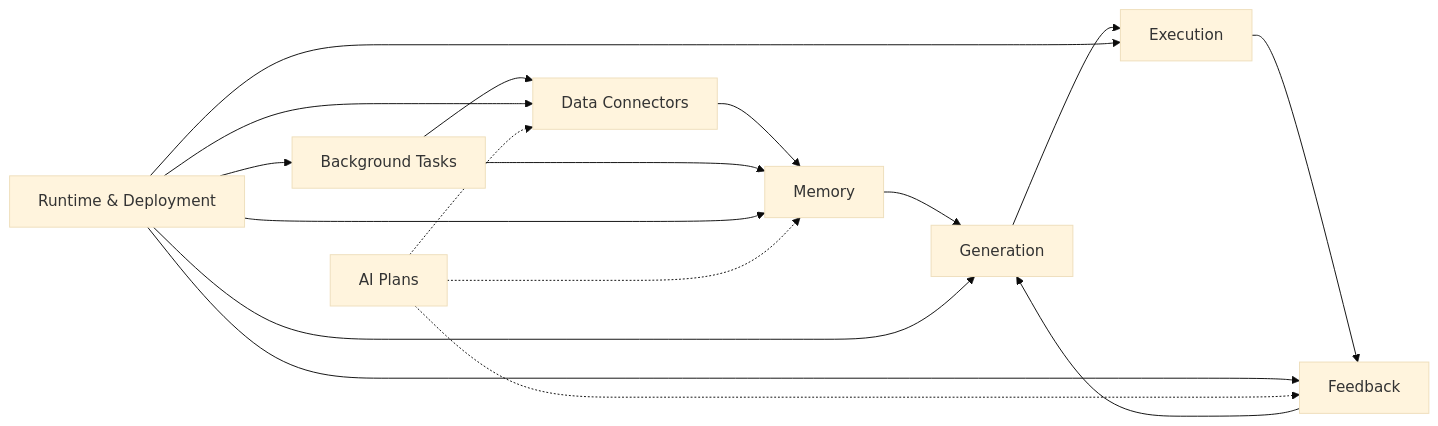
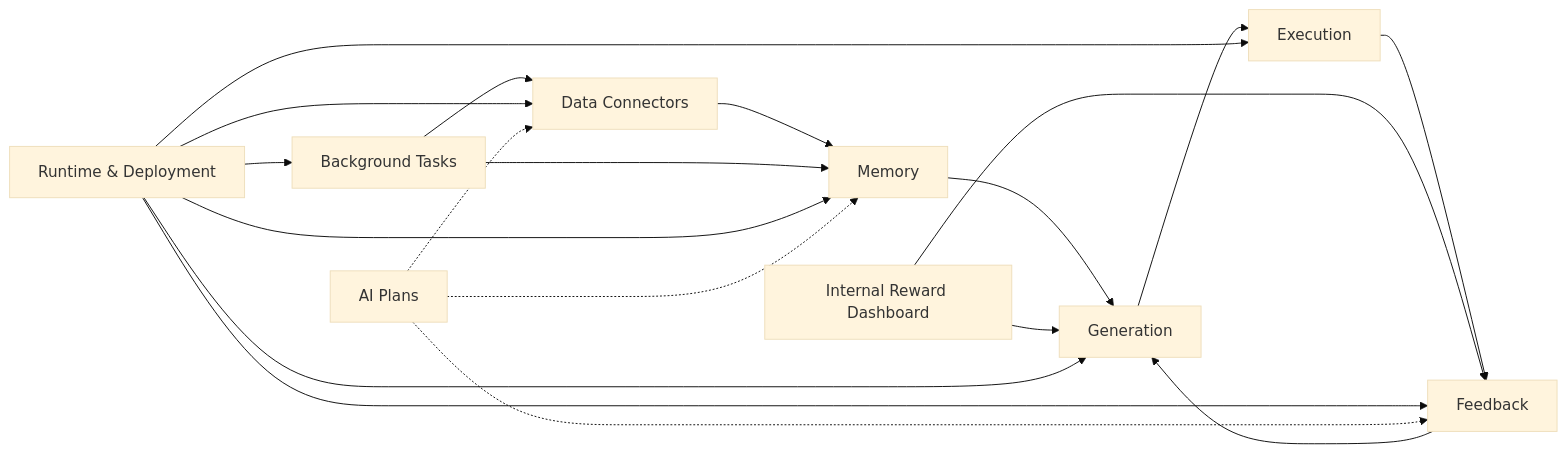
One commit to Edge-AI-HQ/proactive-assistant changed the diagram in docs/index.mdx. Above: the diagram before and after it, drawn with Mermaid (base theme). The commit also changed other lines of this file and 53 other files, not shown here.

Commit message:
feat(reward-dashboard): add internal review dashboard

````diff
--- a/docs/index.mdx
+++ b/docs/index.mdx
@@ -14,19 +14,21 @@
 ```mermaid
 flowchart LR
   Connectors["Data Connectors"] --> Memory["Memory"]
   Memory --> Generation["Generation"]
   Generation --> Execution["Execution"]
   Feedback["Feedback"] --> Generation
   Execution --> Feedback
+  RewardDash["Internal Reward Dashboard"] --> Generation
+  RewardDash --> Feedback
   BgTasks["Background Tasks"] --> Connectors
   BgTasks --> Memory
   Runtime["Runtime & Deployment"] --> Connectors
   Runtime --> Memory
   Runtime --> Generation
   Runtime --> Feedback
   Runtime --> Execution
   Runtime --> BgTasks
   Plans["AI Plans"] -.-> Memory
   Plans -.-> Connectors
   Plans -.-> Feedback
 ```
````
